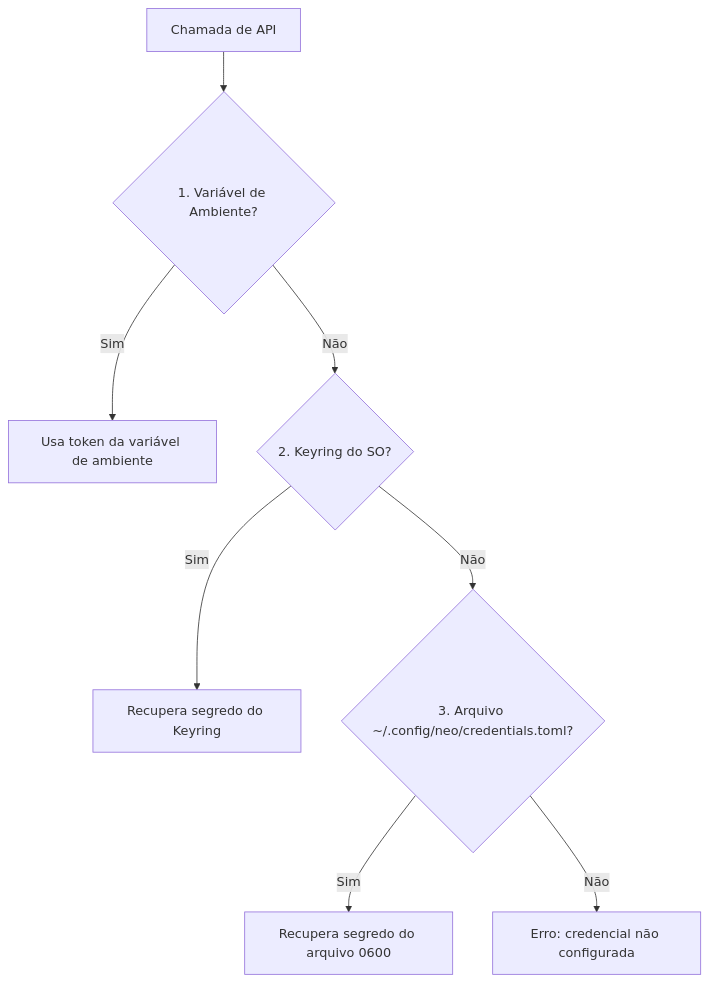
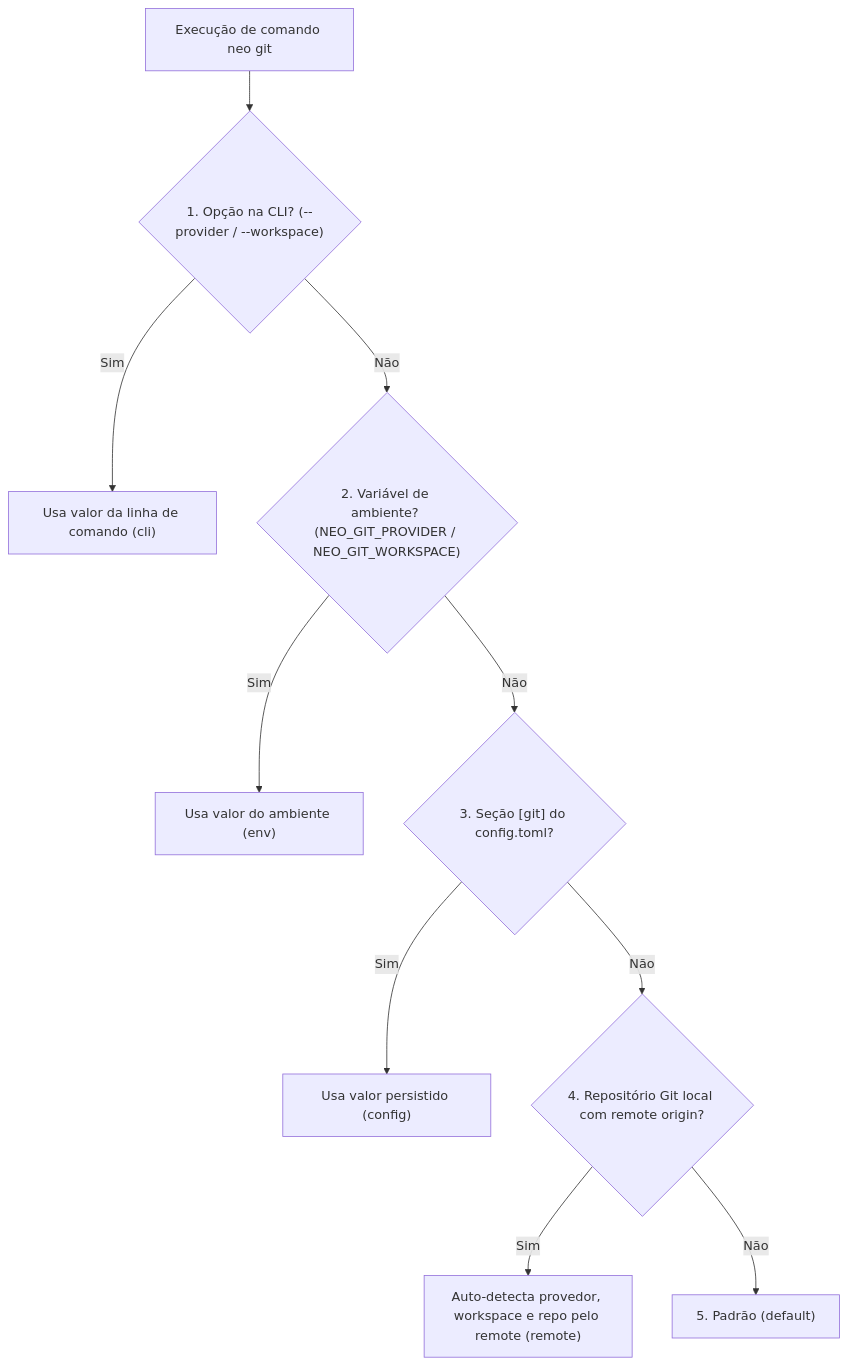
The diagram in docs/configuration.md (thalisonwilker/neo), drawn with Mermaid before and after one commit. The commit also changed other lines of this file and 21 other files, not shown here.

````diff
--- a/docs/configuration.md
+++ b/docs/configuration.md
@@ -17,10 +56,12 @@
 ```mermaid
-graph TD
-    A["Chamada de API"] --> B{"1. Variável de Ambiente?"}
-    B -- "Sim" --> C["Usa token da variável de ambiente"]
-    B -- "Não" --> D{"2. Keyring do SO?"}
-    D -- "Sim" --> E["Recupera segredo do Keyring"]
-    D -- "Não" --> F{"3. Arquivo ~/.config/neo/credentials.toml?"}
-    F -- "Sim" --> G["Recupera segredo do arquivo 0600"]
-    F -- "Não" --> H["Erro: credencial não configurada"]
+flowchart TD
+    A["Execução de comando neo git"] --> B{"1. Opção na CLI? (--provider / --workspace)"}
+    B -- "Sim" --> C["Usa valor da linha de comando (cli)"]
+    B -- "Não" --> D{"2. Variável de ambiente? (NEO_GIT_PROVIDER / NEO_GIT_WORKSPACE)"}
+    D -- "Sim" --> E["Usa valor do ambiente (env)"]
+    D -- "Não" --> F{"3. Seção [git] do config.toml?"}
+    F -- "Sim" --> G["Usa valor persistido (config)"]
+    F -- "Não" --> H{"4. Repositório Git local com remote origin?"}
+    H -- "Sim" --> I["Auto-detecta provedor, workspace e repo pelo remote (remote)"]
+    H -- "Não" --> J["5. Padrão (default)"]
 ```
````
